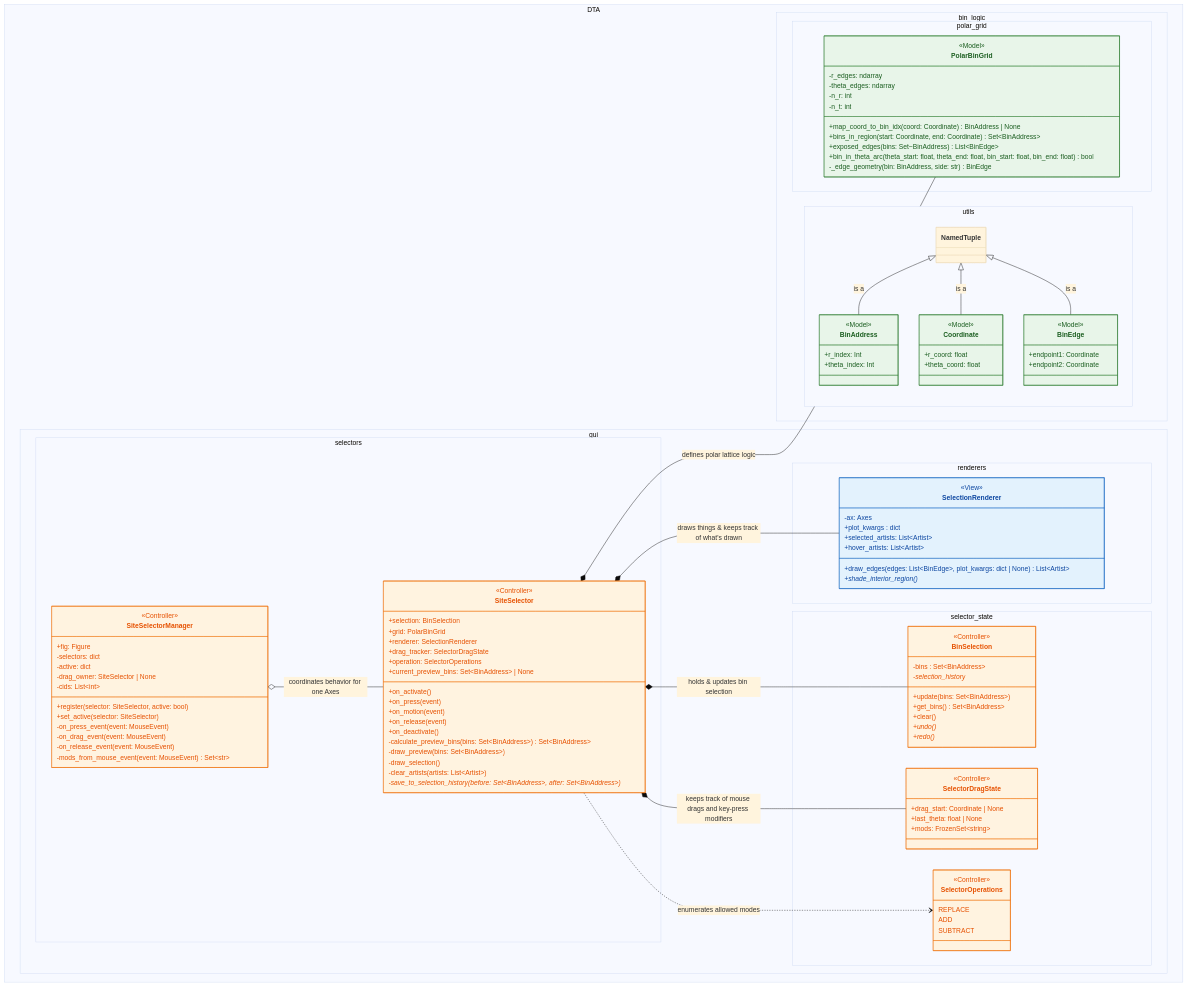
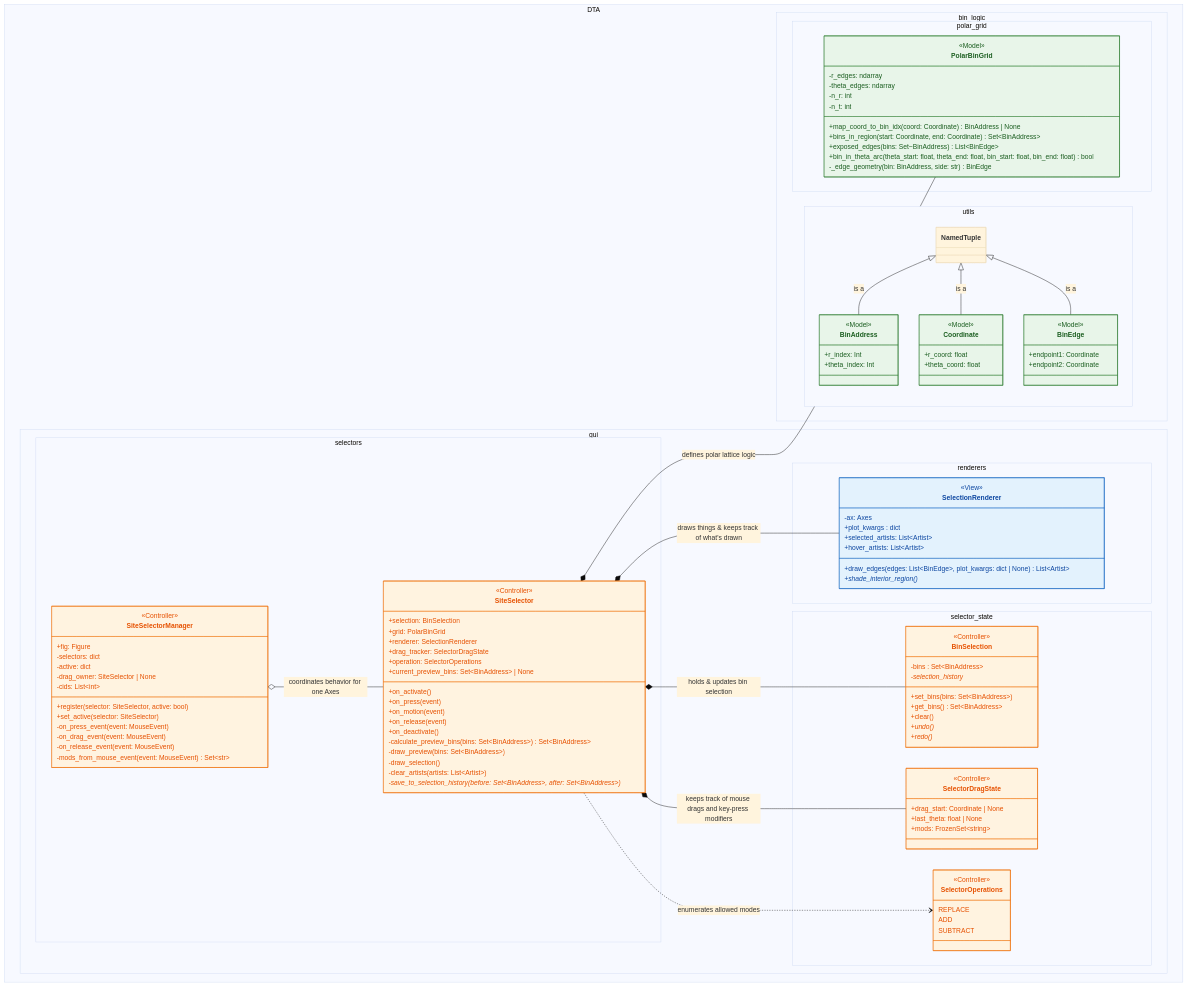
Before and after one commit to BranniganLab/density_threshold_affinity: the first of 4 diagrams in python/dta/gui/README.md, drawn with Mermaid (base theme).

Commit message:
Rename update method to set_bins in BinSelection

```diff
--- a/python/dta/gui/README.md
+++ b/python/dta/gui/README.md
@@ -128,7 +128,7 @@
 class BinSelection {
     -bins : Set~BinAddress~
     -selection_history*
-    +update(bins: Set~BinAddress~)
+    +set_bins(bins: Set~BinAddress~)
     +get_bins() Set~BinAddress~
     +clear()
     +undo()*
```
